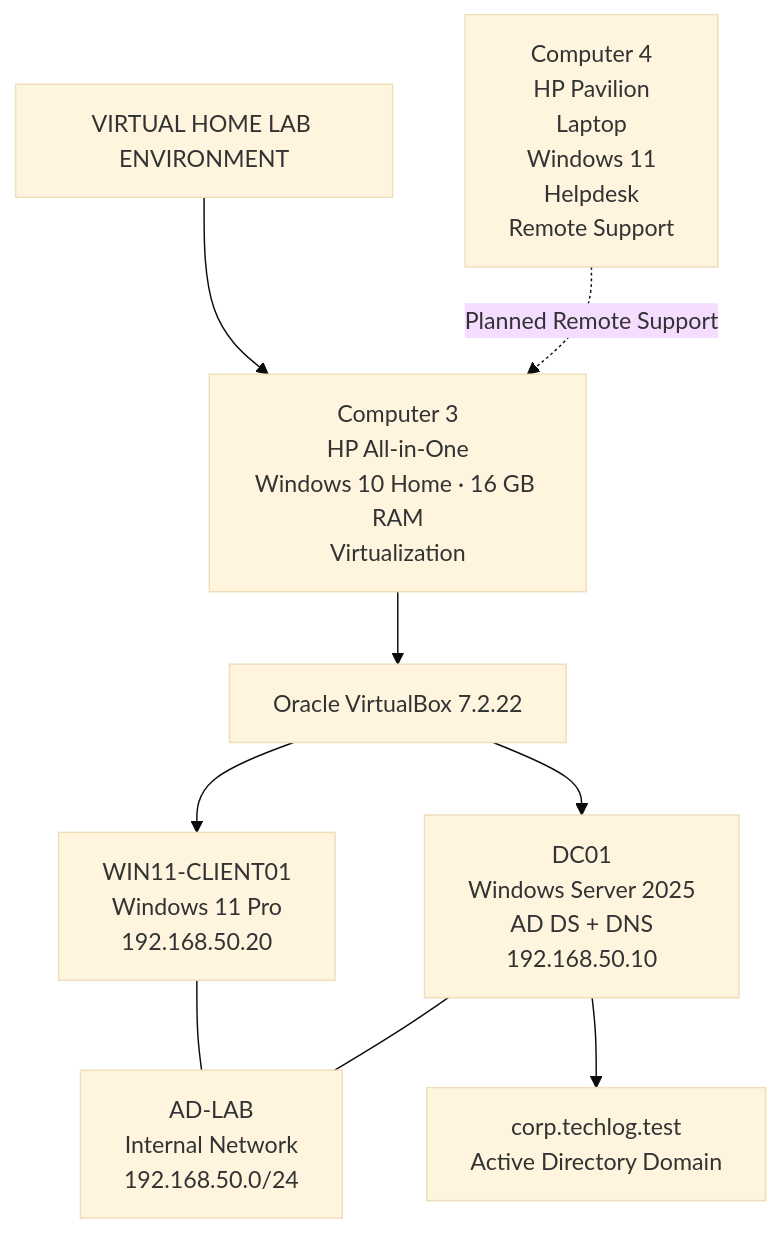
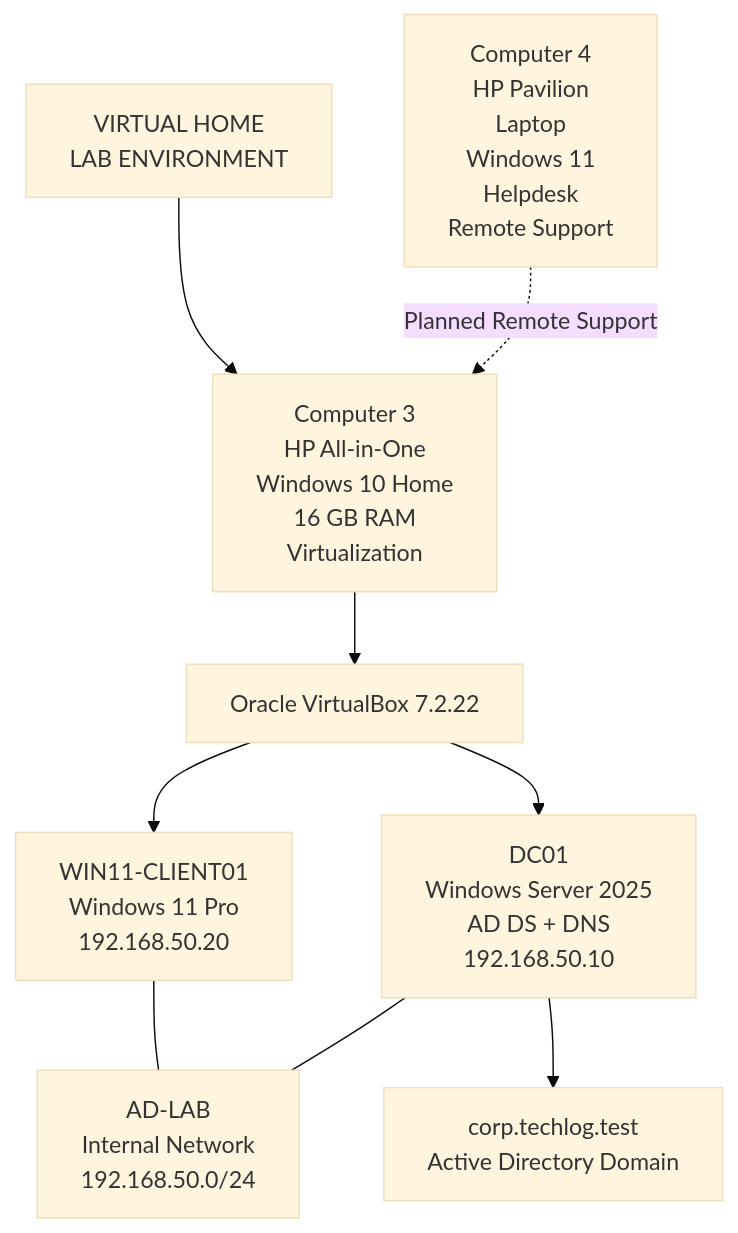
Before and after one commit to aang81a/my-it-support-portfolio: the second of 2 diagrams in PROJECTS/01-lab-environment/lab-environment-overview.md, drawn with Mermaid (base theme).

````diff
--- a/PROJECTS/01-lab-environment/lab-environment-overview.md
+++ b/PROJECTS/01-lab-environment/lab-environment-overview.md
@@ -47,30 +47,30 @@
 ```mermaid
 flowchart TB
-    HOME["VIRTUAL HOME LAB ENVIRONMENT"]
+    HOME["VIRTUAL HOME<br/>LAB ENVIRONMENT"]
 
     C4["Computer 4<br/>HP Pavilion<br/>Laptop<br/>Windows 11<br/>Helpdesk<br/>Remote Support"]
 
-    C3["Computer 3<br/>HP All-in-One<br/>Windows 10 Home · 16 GB RAM<br/>Virtualization"]
+    C3["Computer 3<br/>HP All-in-One<br/>Windows 10 Home<br/>16 GB RAM<br/>Virtualization"]
 
     VB["Oracle VirtualBox 7.2.22"]
 
     CLIENT["WIN11-CLIENT01<br/>Windows 11 Pro<br/>192.168.50.20"]
 
     SERVER["DC01<br/>Windows Server 2025<br/>AD DS + DNS<br/>192.168.50.10"]
 
     NETWORK["AD-LAB<br/>Internal Network<br/>192.168.50.0/24"]
 
     DOMAIN["corp.techlog.test<br/>Active Directory Domain"]
 
     HOME --> C3
     C4 -.->|Planned Remote Support| C3
 
     C3 --> VB
     VB --> CLIENT
     VB --> SERVER
 
     CLIENT --- NETWORK
     SERVER --- NETWORK
 
     SERVER --> DOMAIN
 ```
````
